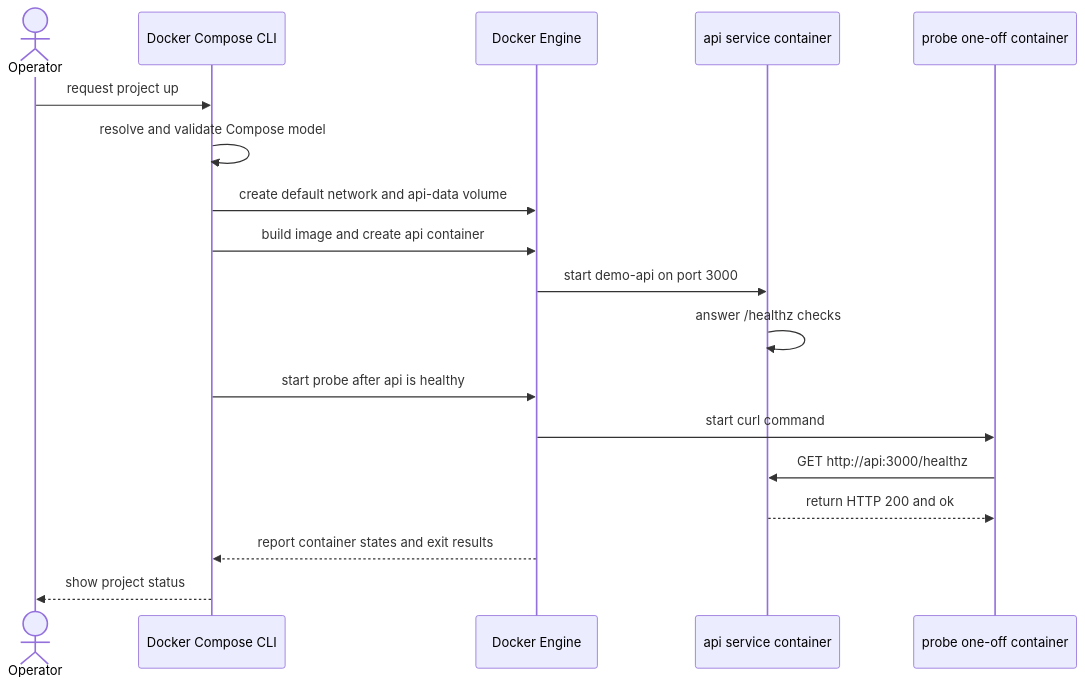
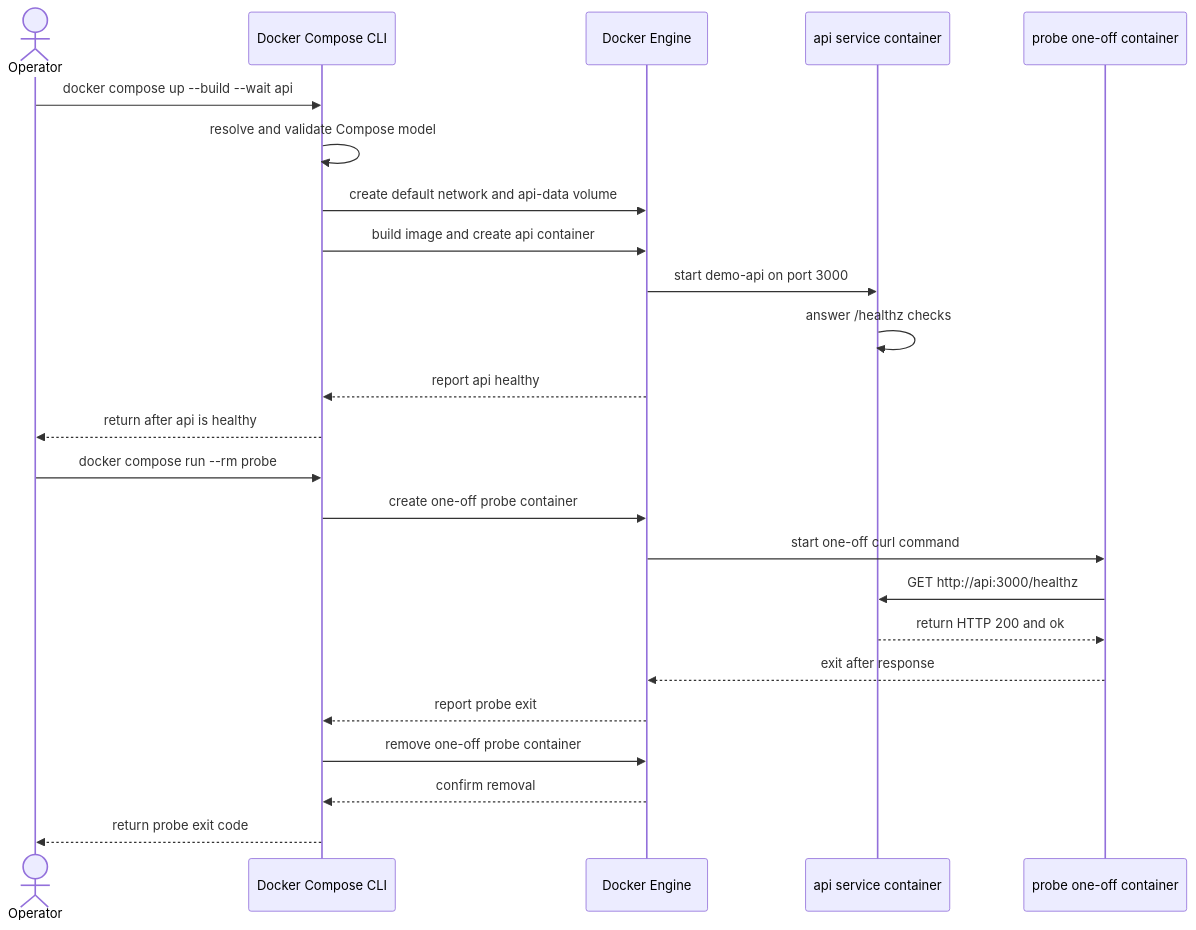
The diagram in docs/docker-oci/runtime/compose.md (liufashi-Mr/cloud-native-docs), drawn with Mermaid before and after one commit. The commit also changed other lines of this file and 5 other files, not shown here.

````diff
--- a/docs/docker-oci/runtime/compose.md
+++ b/docs/docker-oci/runtime/compose.md
@@ -41,20 +41,26 @@
 ```mermaid
 sequenceDiagram
   actor DEV as Operator
   participant CLI as Docker Compose CLI
   participant DE as Docker Engine
   participant API as api service container
   participant PROBE as probe one-off container
-  DEV->>CLI: request project up
+  DEV->>CLI: docker compose up --build --wait api
   CLI->>CLI: resolve and validate Compose model
   CLI->>DE: create default network and api-data volume
   CLI->>DE: build image and create api container
   DE->>API: start demo-api on port 3000
   API->>API: answer /healthz checks
-  CLI->>DE: start probe after api is healthy
-  DE->>PROBE: start curl command
+  DE-->>CLI: report api healthy
+  CLI-->>DEV: return after api is healthy
+  DEV->>CLI: docker compose run --rm probe
+  CLI->>DE: create one-off probe container
+  DE->>PROBE: start one-off curl command
   PROBE->>API: GET http://api:3000/healthz
   API-->>PROBE: return HTTP 200 and ok
-  DE-->>CLI: report container states and exit results
-  CLI-->>DEV: show project status
+  PROBE-->>DE: exit after response
+  DE-->>CLI: report probe exit
+  CLI->>DE: remove one-off probe container
+  DE-->>CLI: confirm removal
+  CLI-->>DEV: return probe exit code
 ```
````
